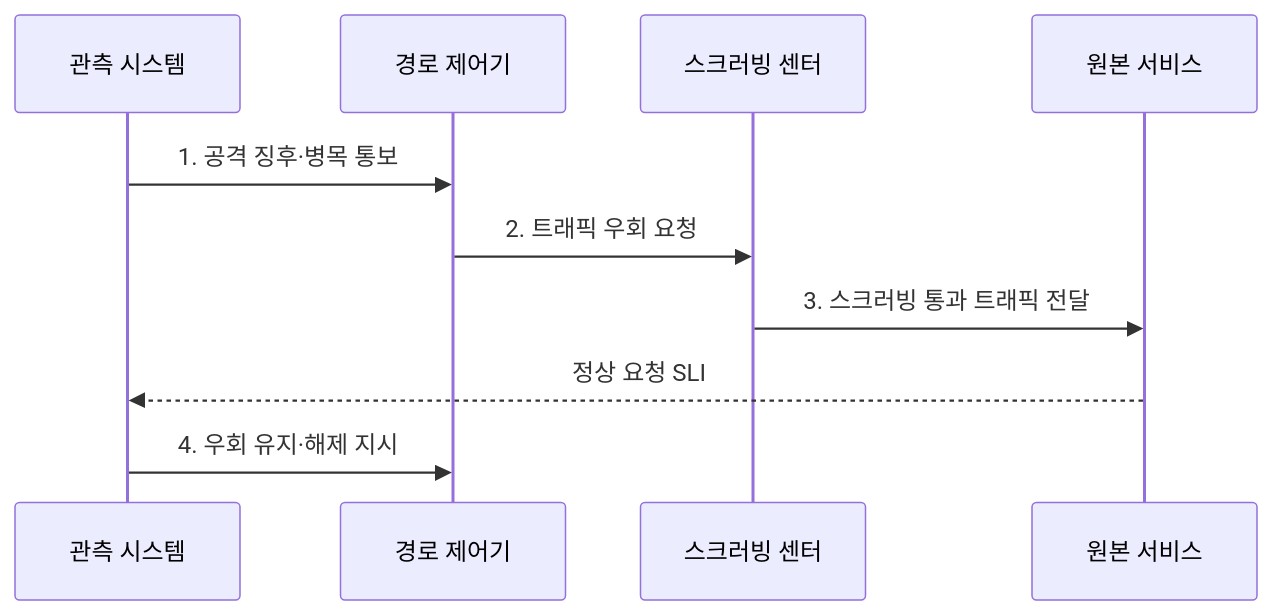
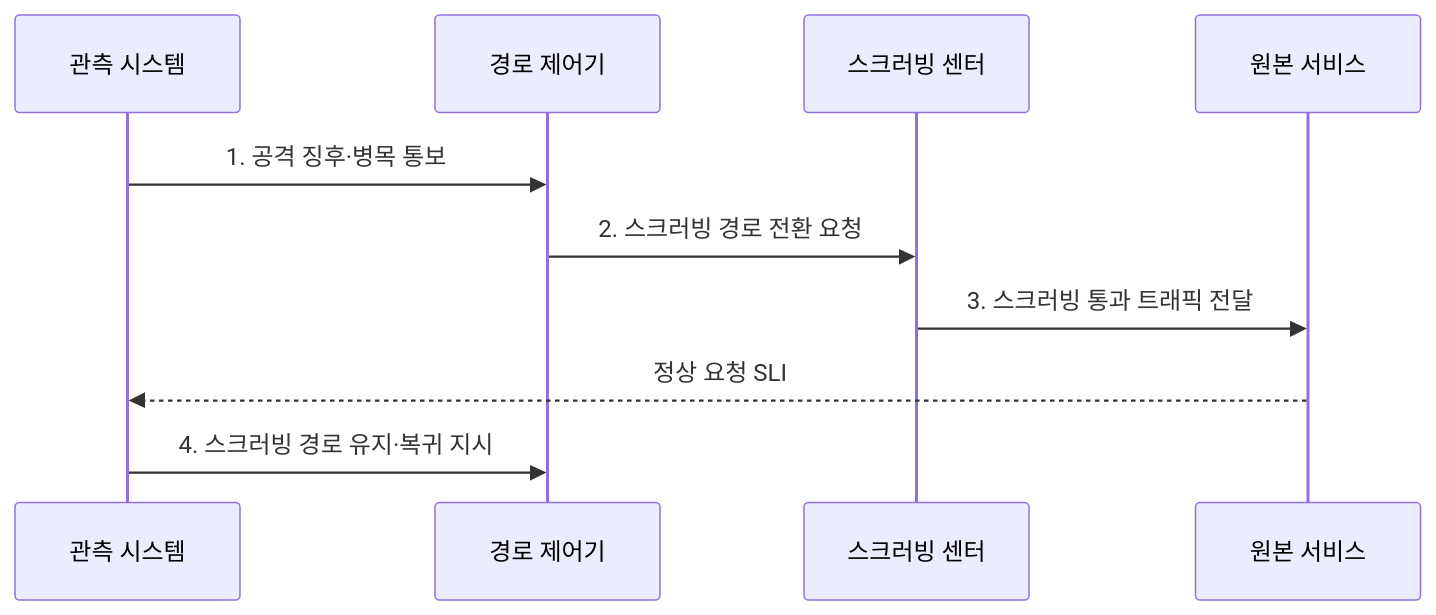
Before and after one commit to agnusdei1207/knowledge-base: the second of 2 diagrams in src/content/docs/notes/05-security/025_ddos_attack.md, drawn with Mermaid. The commit also changed other lines of this file and 17 other files, not shown here.

````diff
--- a/src/content/docs/notes/05-security/025_ddos_attack.md
+++ b/src/content/docs/notes/05-security/025_ddos_attack.md
@@ -92,12 +92,12 @@
 ```mermaid
 sequenceDiagram
     participant M as 관측 시스템
     participant R as 경로 제어기
     participant S as 스크러빙 센터
     participant O as 원본 서비스
     M->>R: 1. 공격 징후·병목 통보
-    R->>S: 2. 트래픽 우회 요청
+    R->>S: 2. 스크러빙 경로 전환 요청
     S->>O: 3. 스크러빙 통과 트래픽 전달
     O-->>M: 정상 요청 SLI
-    M->>R: 4. 우회 유지·해제 지시
+    M->>R: 4. 스크러빙 경로 유지·복귀 지시
 ```
````
